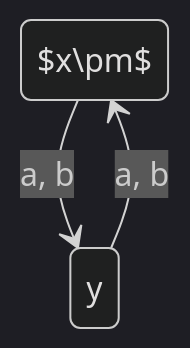
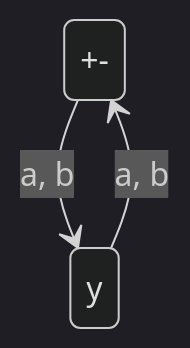
The eighth of 12 diagrams in docs/University Notes/semester 5/CS402 - Theory of Automata/Lecture no. 18/Lecture.md (ChuzaWick420/notes_publisher), drawn with Mermaid (dark theme) before and after one commit. The commit also changed other lines of this file and 1 other file, not shown here.

````diff
--- a/docs/University Notes/semester 5/CS402 - Theory of Automata/Lecture no. 18/Lecture.md
+++ b/docs/University Notes/semester 5/CS402 - Theory of Automata/Lecture no. 18/Lecture.md
@@ -194,8 +192,8 @@
 ```mermaid
 stateDiagram-v2
-x : $x\pm$
+x : +-
 y : y
 
 x --> y : a, b
 y --> x : a, b
 ```
````
